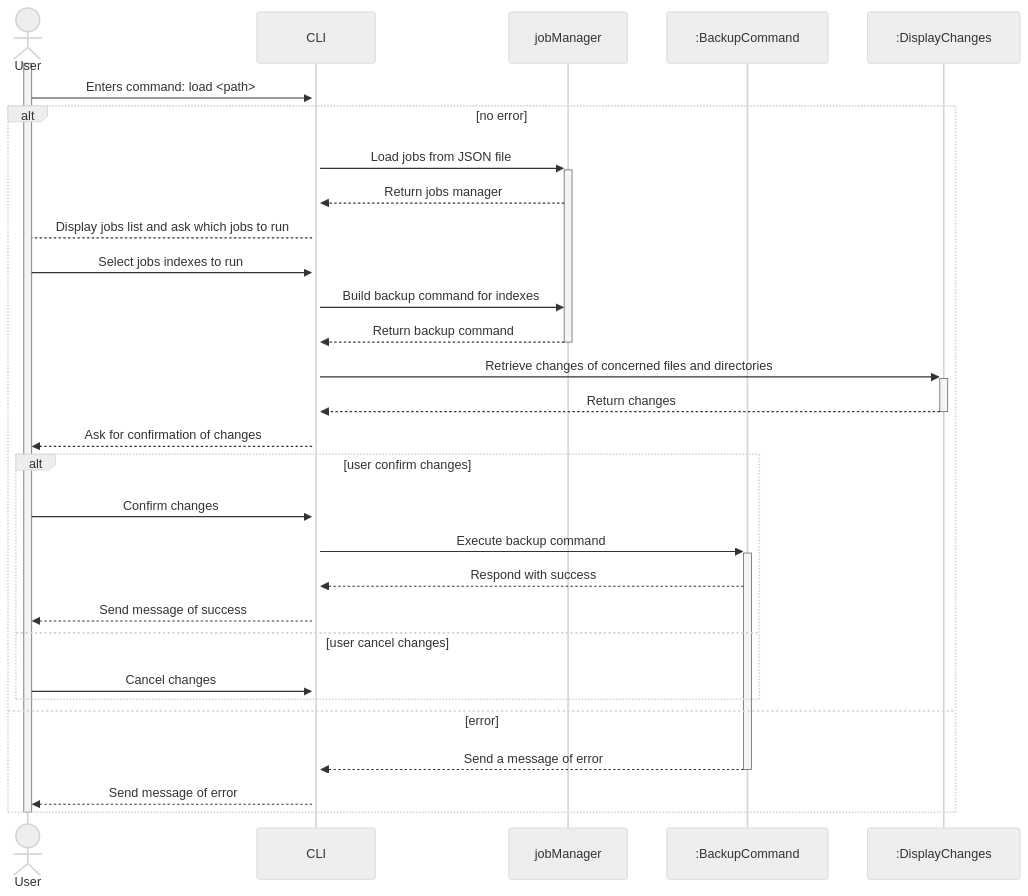
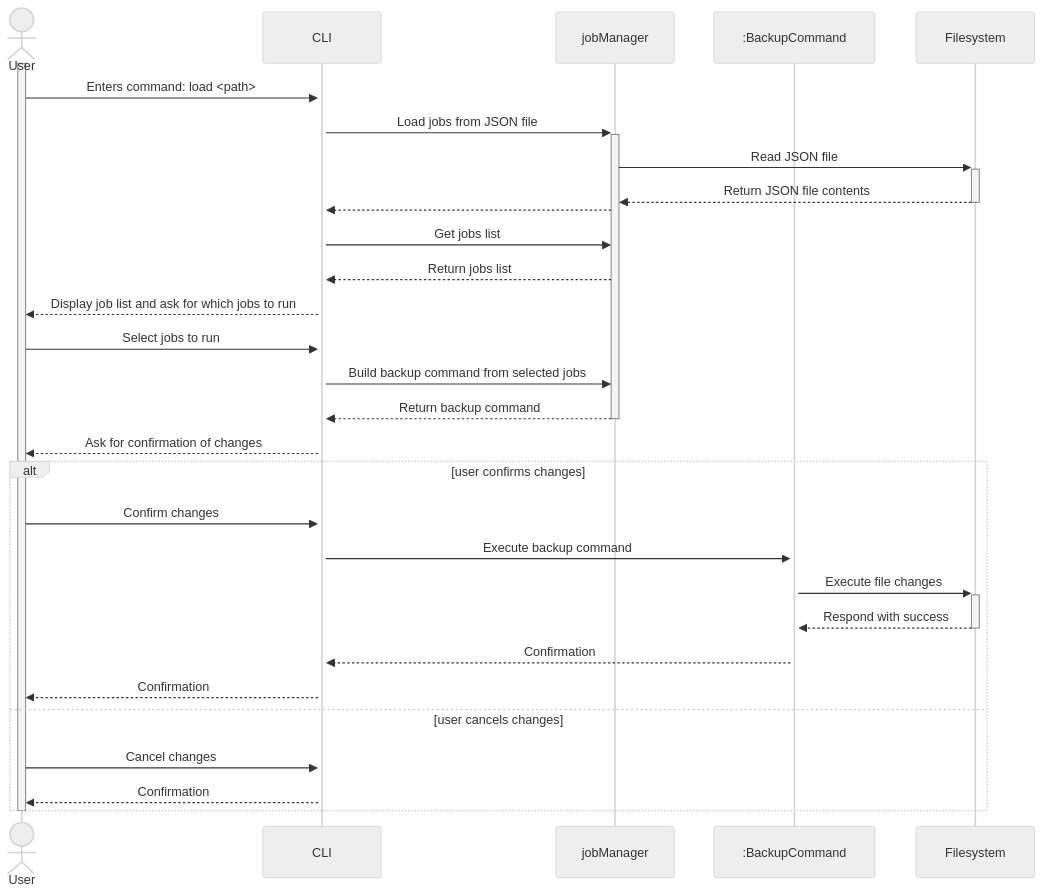
The second of 4 diagrams in README.md (kellianb/FISE_A3_SE_BECHTEL), drawn with Mermaid (neutral theme) before and after one commit. The commit also changed other lines of this file, not shown here.

Commit message:
added loop of choices in activity diagram, added Filesystem and removed BackupCommand object and error alt from run sequence diagrams

````diff
--- a/README.md
+++ b/README.md
@@ -69,37 +64,37 @@
 ```mermaid
 sequenceDiagram
     actor User
     participant CLI
     participant jobManager
     participant #58;BackupCommand
-    participant #58;DisplayChanges
-
+    participant Filesystem
 
     activate User
     User->>+CLI: Enters command: load <path>
 
-    alt no error
         CLI->>+jobManager: Load jobs from JSON file
-        jobManager-->>CLI: Return jobs manager
-        CLI-->User: Display jobs list and ask which jobs to run
-        User->>CLI: Select jobs indexes to run
-        CLI->>jobManager: Build backup command for indexes
+        jobManager->>+ Filesystem: Read JSON file
+        Filesystem-->>-jobManager: Return JSON file contents
+        jobManager-->>CLI:
+        CLI->>jobManager: Get jobs list
+        jobManager-->>CLI: Return jobs list
+        CLI-->>User: Display job list and ask for which jobs to run
+        User->>CLI: Select jobs to run
+        CLI->>jobManager: Build backup command from selected jobs
         jobManager-->>-CLI: Return backup command
-        CLI->>+#58;DisplayChanges: Retrieve changes of concerned files and directories
-        #58;DisplayChanges-->>-CLI: Return changes
         CLI-->>User: Ask for confirmation of changes
-        alt user confirm changes
+        alt user confirms changes
             User->>CLI: Confirm changes
             CLI->>+#58;BackupCommand: Execute backup command
-            #58;BackupCommand-->>CLI: Respond with success
-            CLI-->>User: Send message of success
-        else user cancel changes
+            #58;BackupCommand->>+Filesystem: Execute file changes
+            Filesystem-->>-#58;BackupCommand: Respond with success
+            #58;BackupCommand-->>CLI: Confirmation
+            CLI-->>User: Confirmation
+        else user cancels changes
             User->>CLI: Cancel changes
-        end
-    else error
-        #58;BackupCommand-->>CLI: Send a message of error
-        deactivate #58;BackupCommand
-        CLI-->>User: Send message of error
-        end
+            CLI-->>User: Confirmation
+
+end
+
     deactivate User
 ```
````
